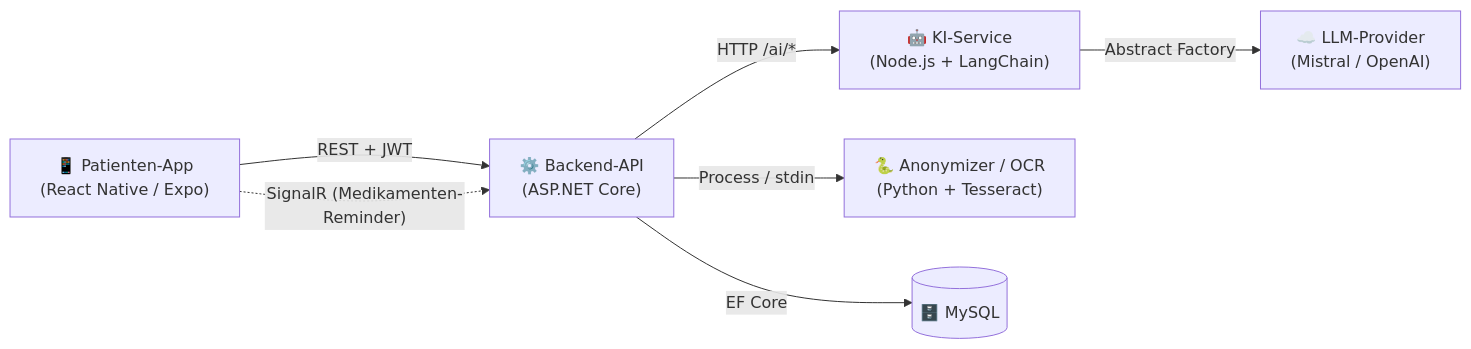
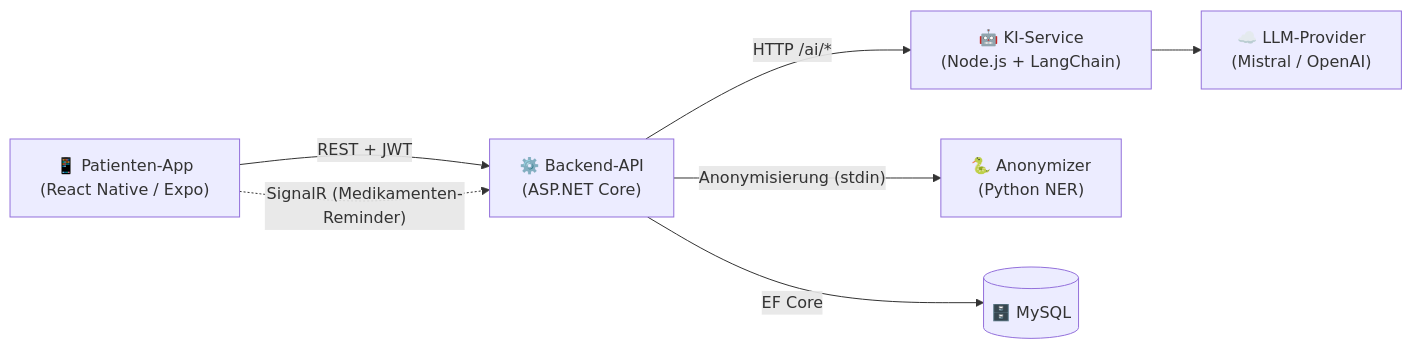
The first of 3 diagrams in docs/Projektdokumentation.md (anika4444/Fehldiagnosen), drawn with Mermaid before and after one commit. The commit also changed other lines of this file and 1 other file, not shown here.

Commit message:
docs: ADRs gestrafft (8 statt 13, Node in Backend gemergt), OCR entfernt (nicht im Einsatz), Design-Patterns-Abschnitt entfernt

````diff
--- a/docs/Projektdokumentation.md
+++ b/docs/Projektdokumentation.md
@@ -25,16 +25,16 @@
 ```mermaid
 flowchart LR
     APP["📱 Patienten-App\n(React Native / Expo)"]
     API["⚙️ Backend-API\n(ASP.NET Core)"]
     AI["🤖 KI-Service\n(Node.js + LangChain)"]
-    PY["🐍 Anonymizer / OCR\n(Python + Tesseract)"]
+    PY["🐍 Anonymizer\n(Python NER)"]
     DB[("🗄️ MySQL")]
     LLM["☁️ LLM-Provider\n(Mistral / OpenAI)"]
 
     APP -- "REST + JWT" --> API
     APP -. "SignalR (Medikamenten-Reminder)" .-> API
     API -- "EF Core" --> DB
-    API -- "Process / stdin" --> PY
+    API -- "Anonymisierung (stdin)" --> PY
     API -- "HTTP /ai/*" --> AI
-    AI -- "Abstract Factory" --> LLM
+    AI --> LLM
 ```
````
